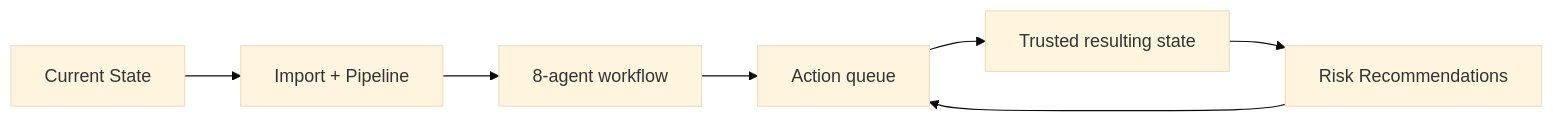
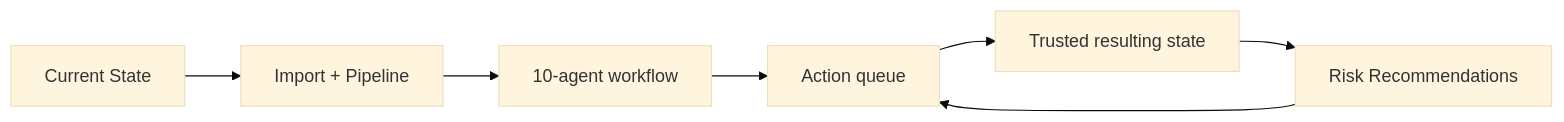
The second of 4 diagrams in project_plan.md (motobob/dbx_hack_doctors), drawn with Mermaid (base theme) before and after one commit. The commit also changed other lines of this file and 40 other files, not shown here.

````diff
--- a/project_plan.md
+++ b/project_plan.md
@@ -158,9 +158,9 @@
 ```mermaid
 flowchart LR
   current[Current State] --> import[Import + Pipeline]
-  import --> agents[8-agent workflow]
+  import --> agents[10-agent workflow]
   agents --> actions[Action queue]
   actions --> result[Trusted resulting state]
   result --> risk[Risk Recommendations]
   risk --> actions
 ```
````
